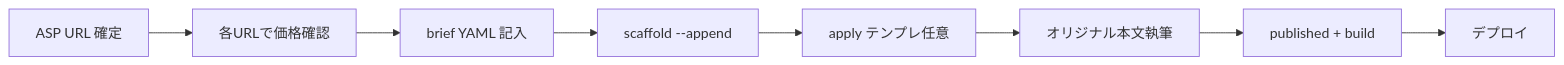
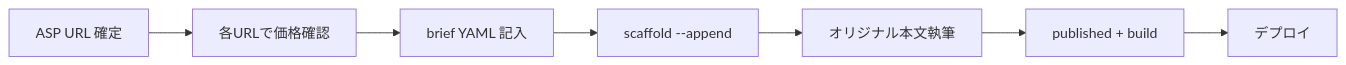
One commit to takkenshiken2026-sudo/chintaikanrishi-master changed the diagram in docs/affiliate/auto-create-workflow.md. Above: the diagram before and after it, drawn with Mermaid. The commit also changed other lines of this file and 4106 other files, not shown here.

````diff
--- a/docs/affiliate/auto-create-workflow.md
+++ b/docs/affiliate/auto-create-workflow.md
@@ -12,10 +12,9 @@
 ```mermaid
 flowchart LR
   A[ASP URL 確定] --> B[各URLで価格確認]
   B --> C[brief YAML 記入]
   C --> D[scaffold --append]
-  D --> D2[apply テンプレ任意]
-  D2 --> E[オリジナル本文執筆]
+  D --> E[オリジナル本文執筆]
   E --> F[published + build]
   F --> G[デプロイ]
 ```
````
